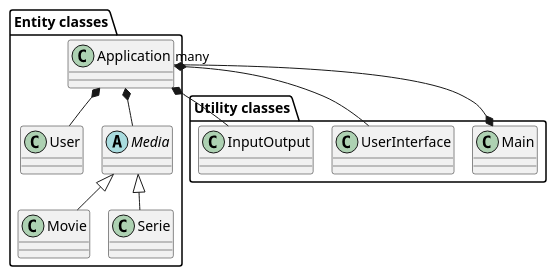
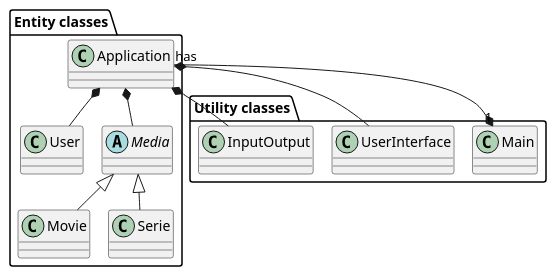
Before and after one commit to badranyoussef/SP3: the diagram in Documentation/classDiagramUpdated.puml, drawn with PlantUML.

```diff
--- a/Documentation/classDiagramUpdated.puml
+++ b/Documentation/classDiagramUpdated.puml
@@ -1,32 +1,33 @@
 @startuml
 'https://plantuml.com/class-diagram
 !pragma layout smetana
+
 
 'Utility Package
 package "Utility classes"{
 class Main
 class UserInterface
 class InputOutput
 }
 
 'Entity Package
 package "Entity classes"{
 class Movie
 class Serie
 class Application
 class User
 abstract Media
 }
 
 'Label on Relations
 Application *-- UserInterface
 Application *-- InputOutput
 Application *-- User
 Application *-- Media
 Media <|-- Serie
 Media <|-- Movie
-Main *-- "many"Application
+Main "1" *-- "has "Application
 
 'Class Methods & Attributes
 
 @enduml
```
